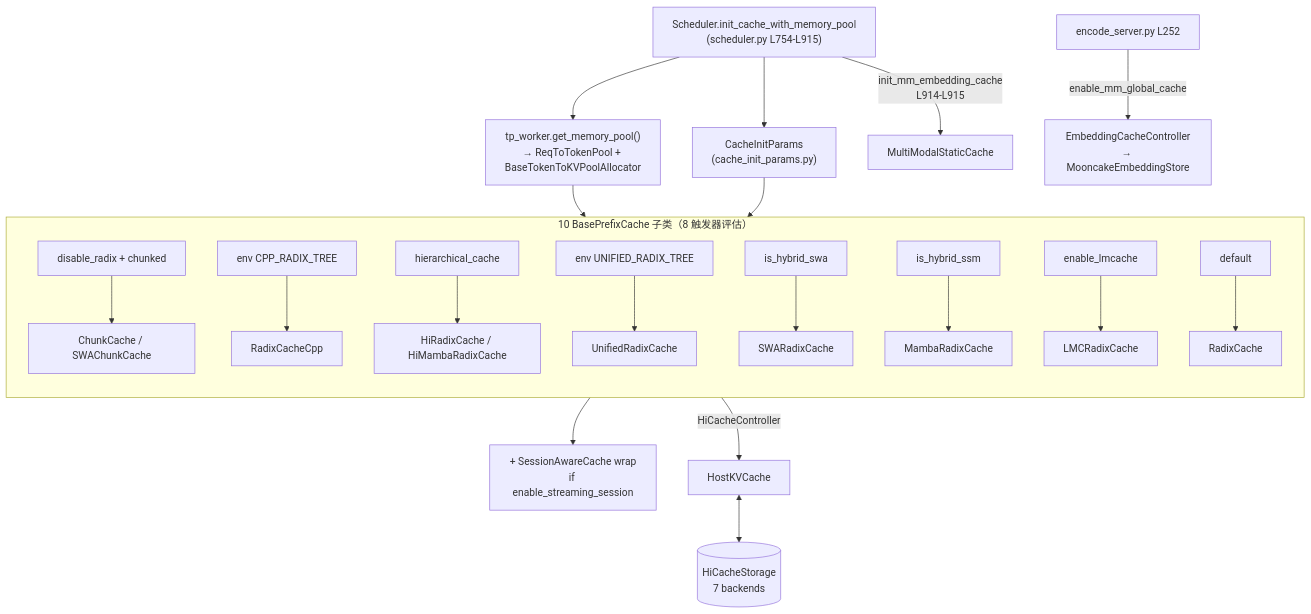
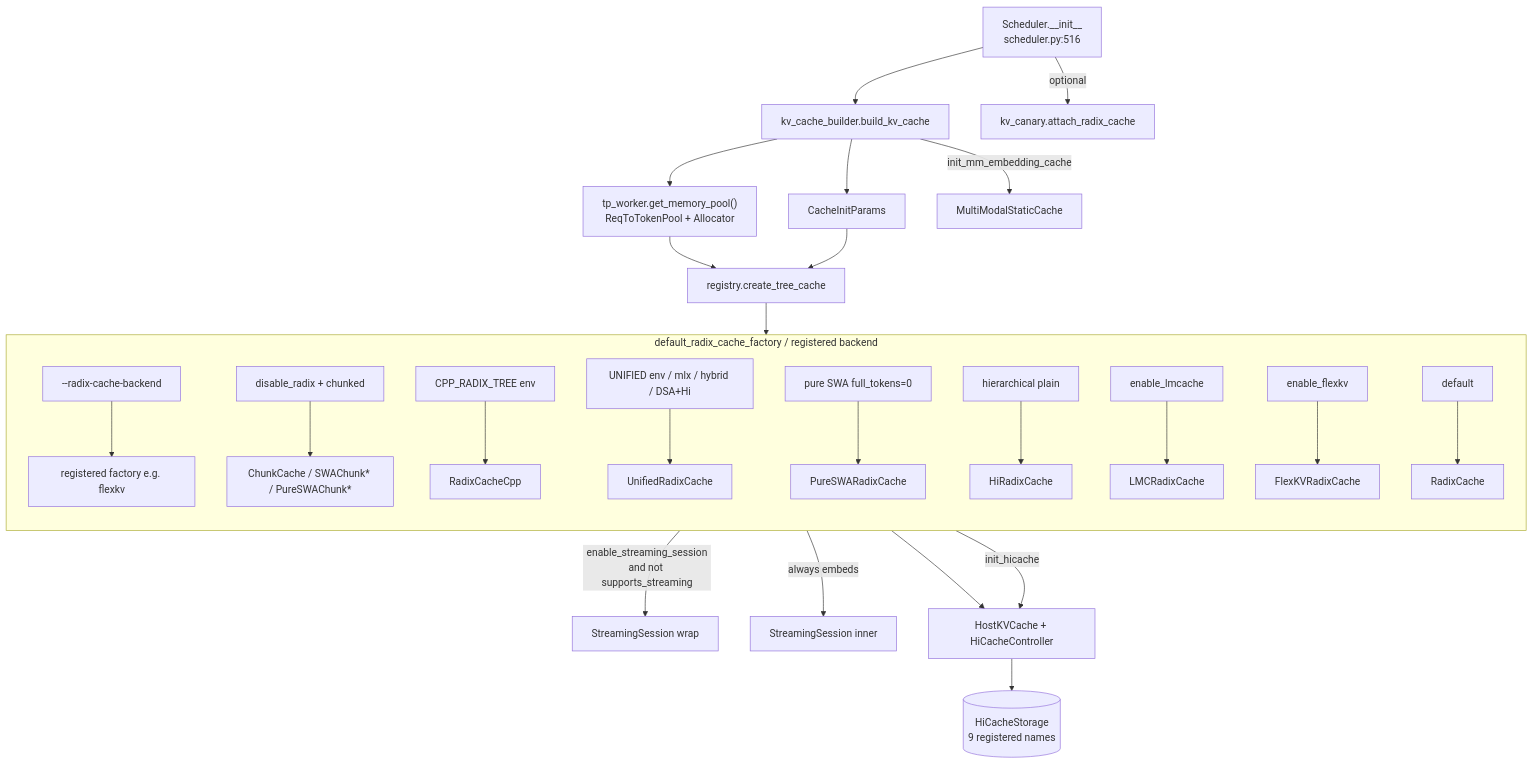
The diagram in sglang/topics/kv-cache.md (learning-sketch/wiki), drawn with Mermaid before and after one commit. The commit also changed other lines of this file and 4 other files, not shown here.

````diff
--- a/sglang/topics/kv-cache.md
+++ b/sglang/topics/kv-cache.md
@@ -64,27 +69,32 @@
 ```mermaid
 flowchart TD
-    Init["Scheduler.init_cache_with_memory_pool<br/>(scheduler.py L754-L915)"]
-    Pool["tp_worker.get_memory_pool()<br/>→ ReqToTokenPool + BaseTokenToKVPoolAllocator"]
-    Params["CacheInitParams<br/>(cache_init_params.py)"]
-    Init --> Pool & Params
+    Sched["Scheduler.__init__<br/>scheduler.py:516"]
+    Build["kv_cache_builder.build_kv_cache"]
+    Pool["tp_worker.get_memory_pool()<br/>ReqToTokenPool + Allocator"]
+    Params["CacheInitParams"]
+    Create["registry.create_tree_cache"]
+    Sched --> Build
+    Build --> Pool & Params --> Create
 
-    subgraph G1["10 BasePrefixCache 子类（8 触发器评估）"]
-        direction TB
-        T1[disable_radix + chunked] --> CC[ChunkCache / SWAChunkCache]
-        T2[env CPP_RADIX_TREE] --> CPP[RadixCacheCpp]
-        T3[hierarchical_cache] --> HR[HiRadixCache / HiMambaRadixCache]
-        T4[env UNIFIED_RADIX_TREE] --> UR[UnifiedRadixCache]
-        T5[is_hybrid_swa] --> SR[SWARadixCache]
-        T6[is_hybrid_ssm] --> MR[MambaRadixCache]
-        T7[enable_lmcache] --> LMC[LMCRadixCache]
-        T8[default] --> RC[RadixCache]
+    subgraph Factory["default_radix_cache_factory / registered backend"]
+      direction TB
+      B["--radix-cache-backend"] --> Reg[registered factory e.g. flexkv]
+      D1[disable_radix + chunked] --> Chunk[ChunkCache / SWAChunk* / PureSWAChunk*]
+      D2[CPP_RADIX_TREE env] --> Cpp[RadixCacheCpp]
+      D3[UNIFIED env / mlx / hybrid / DSA+Hi] --> Uni[UnifiedRadixCache]
+      D4[pure SWA full_tokens=0] --> PureSWA[PureSWARadixCache]
+      D5[hierarchical plain] --> Hi[HiRadixCache]
+      D6[enable_lmcache] --> LMC[LMCRadixCache]
+      D7[enable_flexkv] --> Flex[FlexKVRadixCache]
+      D8[default] --> RC[RadixCache]
     end
 
-    Pool & Params --> G1
-    G1 --> Wrap[+ SessionAwareCache wrap<br/>if enable_streaming_session]
-
-    HR -->|HiCacheController| Host[HostKVCache] <--> Store[(HiCacheStorage<br/>7 backends)]
-
-    Init -->|init_mm_embedding_cache<br/>L914-L915| MM[MultiModalStaticCache]
-    EncS[encode_server.py L252] -->|enable_mm_global_cache| ECC[EmbeddingCacheController<br/>→ MooncakeEmbeddingStore]
+    Create --> Factory
+    Factory -->|enable_streaming_session<br/>and not supports_streaming| SS[StreamingSession wrap]
+    Uni -->|always embeds| SS2[StreamingSession inner]
+    Hi --> Host[HostKVCache + HiCacheController]
+    Uni -->|init_hicache| Host
+    Host --> Store[(HiCacheStorage<br/>9 registered names)]
+    Build -->|init_mm_embedding_cache| MM[MultiModalStaticCache]
+    Sched -->|optional| Canary[kv_canary.attach_radix_cache]
 ```
````
